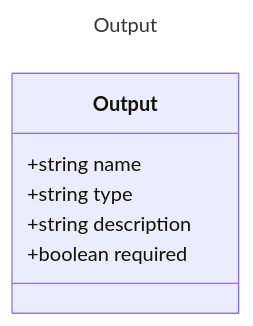
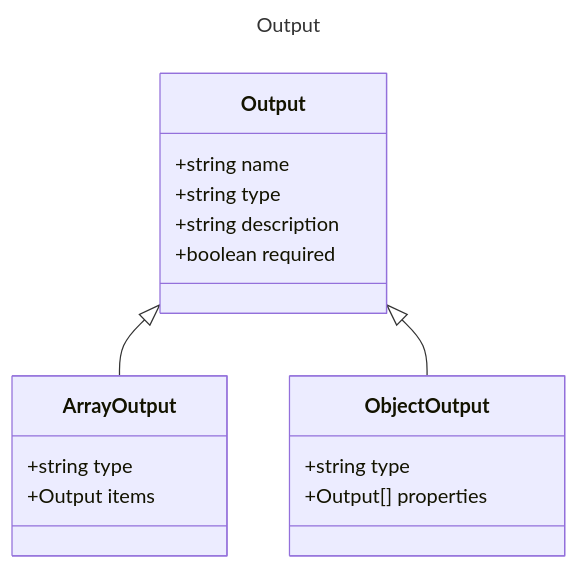
One commit to microsoft/prompty changed the diagram in specification/prompty/docs/Output.md. Above: the diagram before and after it, drawn with Mermaid. The commit also changed other lines of this file and 26 other files, not shown here.

````diff
--- a/specification/prompty/docs/Output.md
+++ b/specification/prompty/docs/Output.md
@@ -8,12 +8,22 @@
 ```mermaid
 ---
 title: Output
 ---
 classDiagram
     class Output {
         +string name
         +string type
         +string description
         +boolean required
     }
+    class ArrayOutput {
+        +string type
+        +Output items
+    }
+    Output <|-- ArrayOutput
+    class ObjectOutput {
+        +string type
+        +Output[] properties
+    }
+    Output <|-- ObjectOutput
 ```
````
